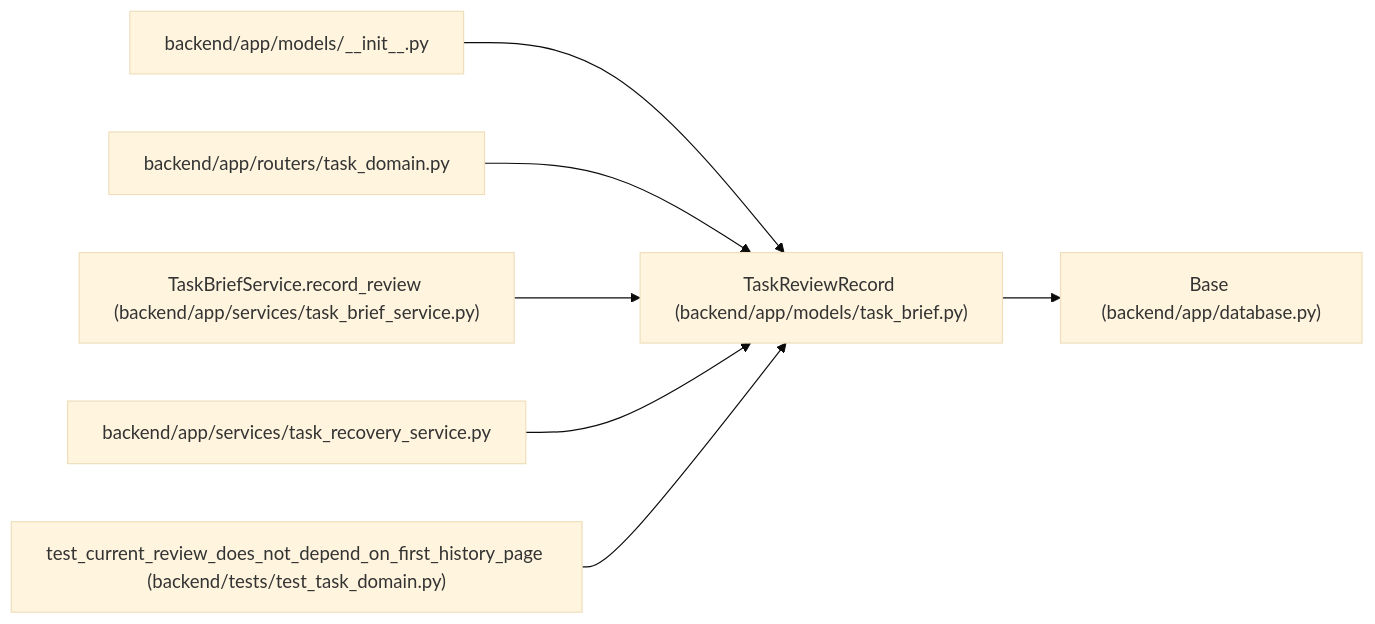
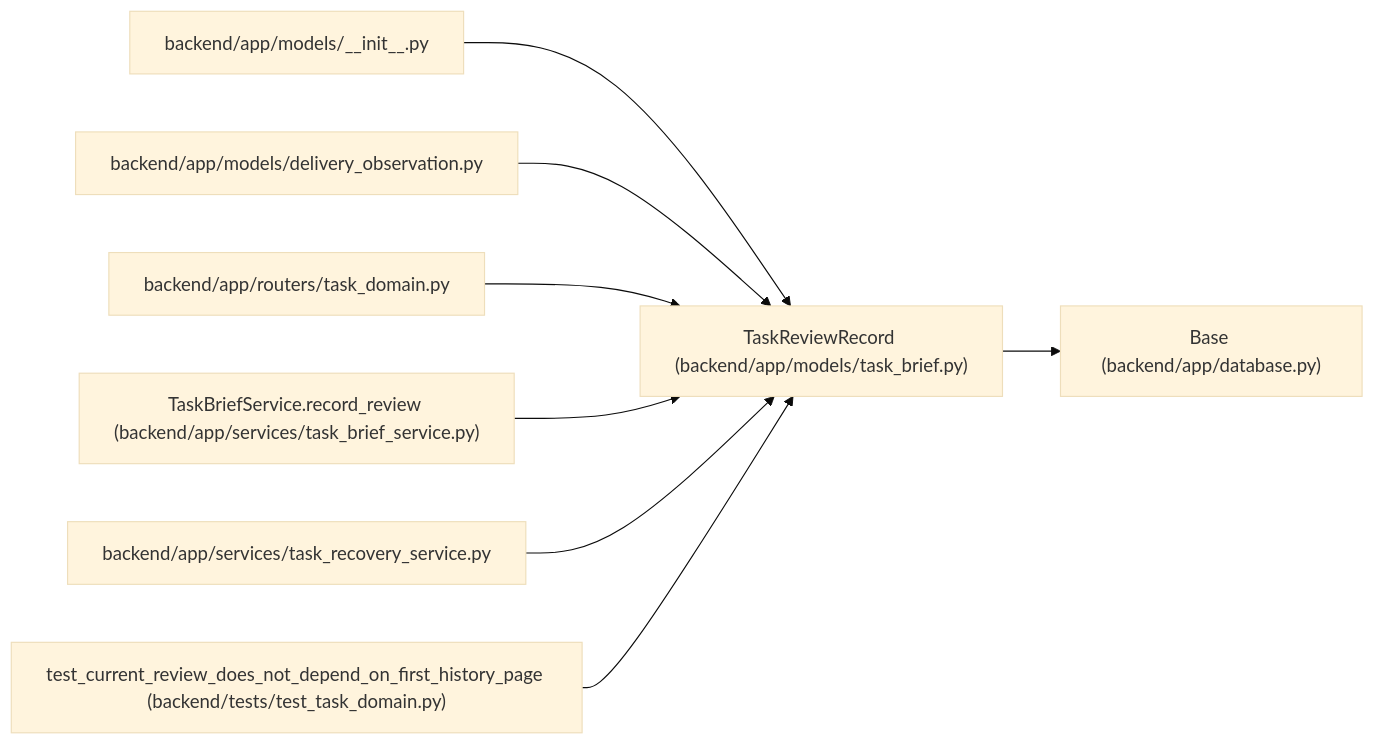
Before and after one commit to Denissvgn/WorkChord: the diagram in docs/llm_wiki/entities/TaskReviewRecord.md, drawn with Mermaid (base theme). The commit also changed other lines of this file and 628 other files, not shown here.

````diff
--- a/docs/llm_wiki/entities/TaskReviewRecord.md
+++ b/docs/llm_wiki/entities/TaskReviewRecord.md
@@ -37,23 +37,26 @@
 ```mermaid
 flowchart LR
     n0["TaskReviewRecord (backend/app/models/task_brief.py)"]
     n1["Base (backend/app/database.py)"]
     n2["backend/app/models/__init__.py"]
-    n3["backend/app/routers/task_domain.py"]
-    n4["TaskBriefService.record_review (backend/app/services/task_brief_service.py)"]
-    n5["backend/app/services/task_recovery_service.py"]
-    n6["test_current_review_does_not_depend_on_first_history_page (backend/tests/test_task_domain.py)"]
+    n3["backend/app/models/delivery_observation.py"]
+    n4["backend/app/routers/task_domain.py"]
+    n5["TaskBriefService.record_review (backend/app/services/task_brief_service.py)"]
+    n6["backend/app/services/task_recovery_service.py"]
+    n7["test_current_review_does_not_depend_on_first_history_page (backend/tests/test_task_domain.py)"]
     n0 --> n1
     n2 --> n0
     n3 --> n0
     n4 --> n0
     n5 --> n0
     n6 --> n0
+    n7 --> n0
     click n0 "../modules/models_task_brief.md"
     click n1 "../modules/app_database.md"
     click n2 "../modules/models___init__.md"
-    click n3 "../modules/routers_task_domain.md"
-    click n4 "../modules/task_brief_service.md"
-    click n5 "../modules/task_recovery_service.md"
-    click n6 "../modules/test_task_domain.md"
+    click n3 "../modules/delivery_observation.md"
+    click n4 "../modules/routers_task_domain.md"
+    click n5 "../modules/task_brief_service.md"
+    click n6 "../modules/task_recovery_service.md"
+    click n7 "../modules/test_task_domain.md"
 ```
````
